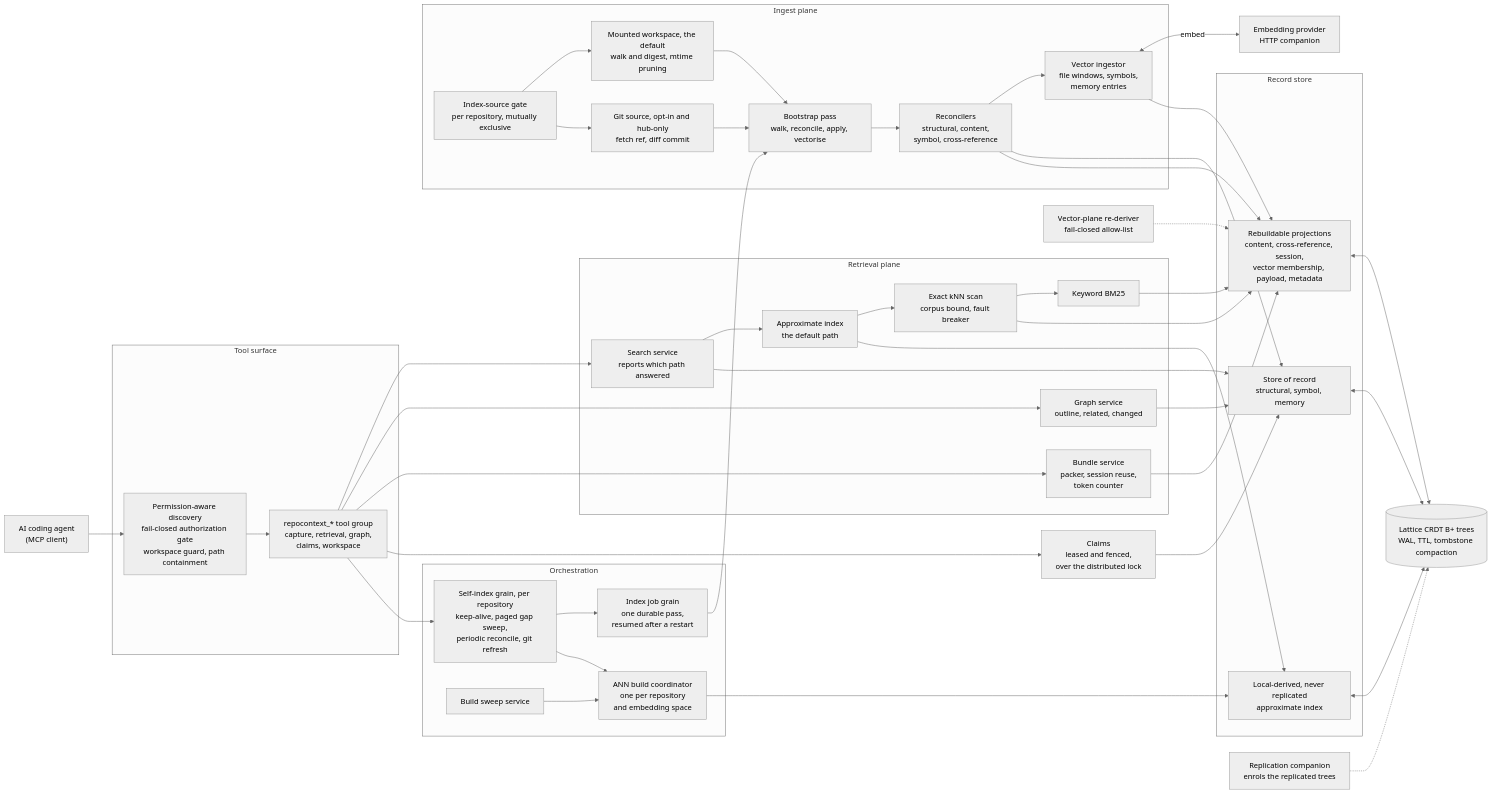
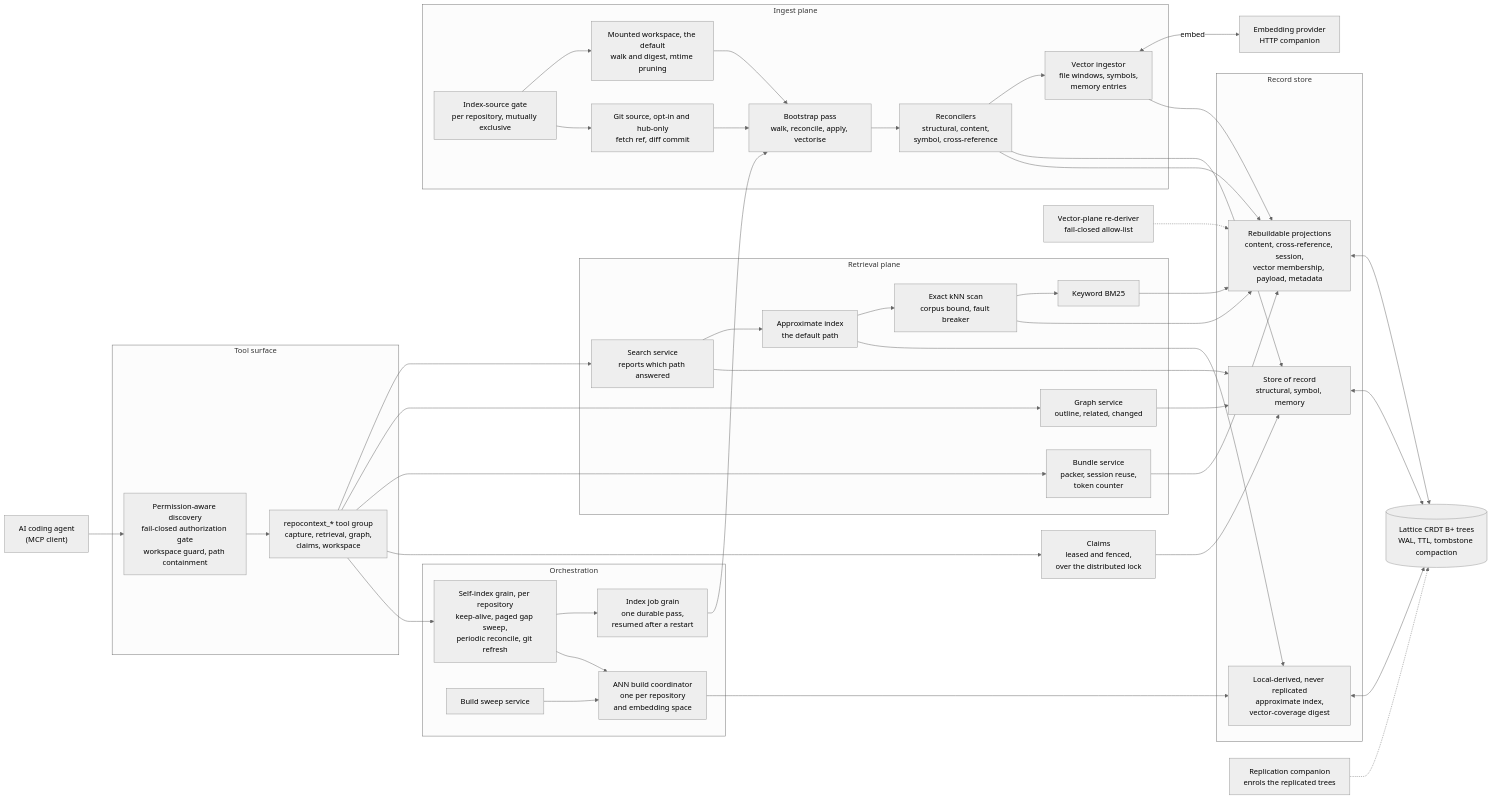
One commit to NSTA1/Orleans.Lattice changed the diagram in docs/lattice.api.mcp.repocontext/architecture.md. Above: the diagram before and after it, drawn with Mermaid (neutral theme). The commit also changed other lines of this file and 448 other files, not shown here.

````diff
--- a/docs/lattice.api.mcp.repocontext/architecture.md
+++ b/docs/lattice.api.mcp.repocontext/architecture.md
@@ -12,77 +12,77 @@
 ```mermaid
 flowchart LR
     agent["AI coding agent<br/>(MCP client)"]
 
     subgraph surface["Tool surface"]
         gate["Permission-aware discovery<br/>fail-closed authorization gate<br/>workspace guard, path containment"]
         handlers["repocontext_* tool group<br/>capture, retrieval, graph,<br/>claims, workspace"]
         gate --> handlers
     end
 
     subgraph retrieve["Retrieval plane"]
         search["Search service<br/>reports which path answered"]
         ann["Approximate index<br/>the default path"]
         exact["Exact kNN scan<br/>corpus bound, fault breaker"]
         kw["Keyword BM25"]
         graphsvc["Graph service<br/>outline, related, changed"]
         bundle["Bundle service<br/>packer, session reuse,<br/>token counter"]
         search --> ann --> exact --> kw
     end
 
     subgraph grains["Orchestration"]
         self["Self-index grain, per repository<br/>keep-alive, paged gap sweep,<br/>periodic reconcile, git refresh"]
         job["Index job grain<br/>one durable pass,<br/>resumed after a restart"]
         annb["ANN build coordinator<br/>one per repository<br/>and embedding space"]
         sweep["Build sweep service"]
         self --> job
         self --> annb
         sweep --> annb
     end
 
     subgraph ingest["Ingest plane"]
         srcgate["Index-source gate<br/>per repository, mutually exclusive"]
         mount["Mounted workspace, the default<br/>walk and digest, mtime pruning"]
         git["Git source, opt-in and hub-only<br/>fetch ref, diff commit"]
         boot["Bootstrap pass<br/>walk, reconcile, apply, vectorise"]
         rec["Reconcilers<br/>structural, content,<br/>symbol, cross-reference"]
         ving["Vector ingestor<br/>file windows, symbols,<br/>memory entries"]
         srcgate --> mount & git --> boot --> rec --> ving
     end
 
     subgraph store["Record store"]
         sor["Store of record<br/>structural, symbol, memory"]
         proj["Rebuildable projections<br/>content, cross-reference, session,<br/>vector membership, payload, metadata"]
-        local["Local-derived, never replicated<br/>approximate index"]
+        local["Local-derived, never replicated<br/>approximate index,<br/>vector-coverage digest"]
     end
 
     claims["Claims<br/>leased and fenced,<br/>over the distributed lock"]
     embed["Embedding provider<br/>HTTP companion"]
     healer["Vector-plane re-deriver<br/>fail-closed allow-list"]
     lattice[("Lattice CRDT B+ trees<br/>WAL, TTL, tombstone compaction")]
     repl["Replication companion<br/>enrols the replicated trees"]
 
     agent --> gate
     handlers --> search
     handlers --> graphsvc
     handlers --> bundle
     handlers --> claims
     handlers --> self
     job --> boot
     annb --> local
     ving <-->|embed| embed
     rec --> sor
     rec --> proj
     ving --> proj
     search --> sor
     ann --> local
     exact --> proj
     kw --> proj
     graphsvc --> sor
     bundle --> proj
     claims --> sor
     healer -.-> proj
     sor <--> lattice
     proj <--> lattice
     local <--> lattice
     repl -.-> lattice
 ```
````
